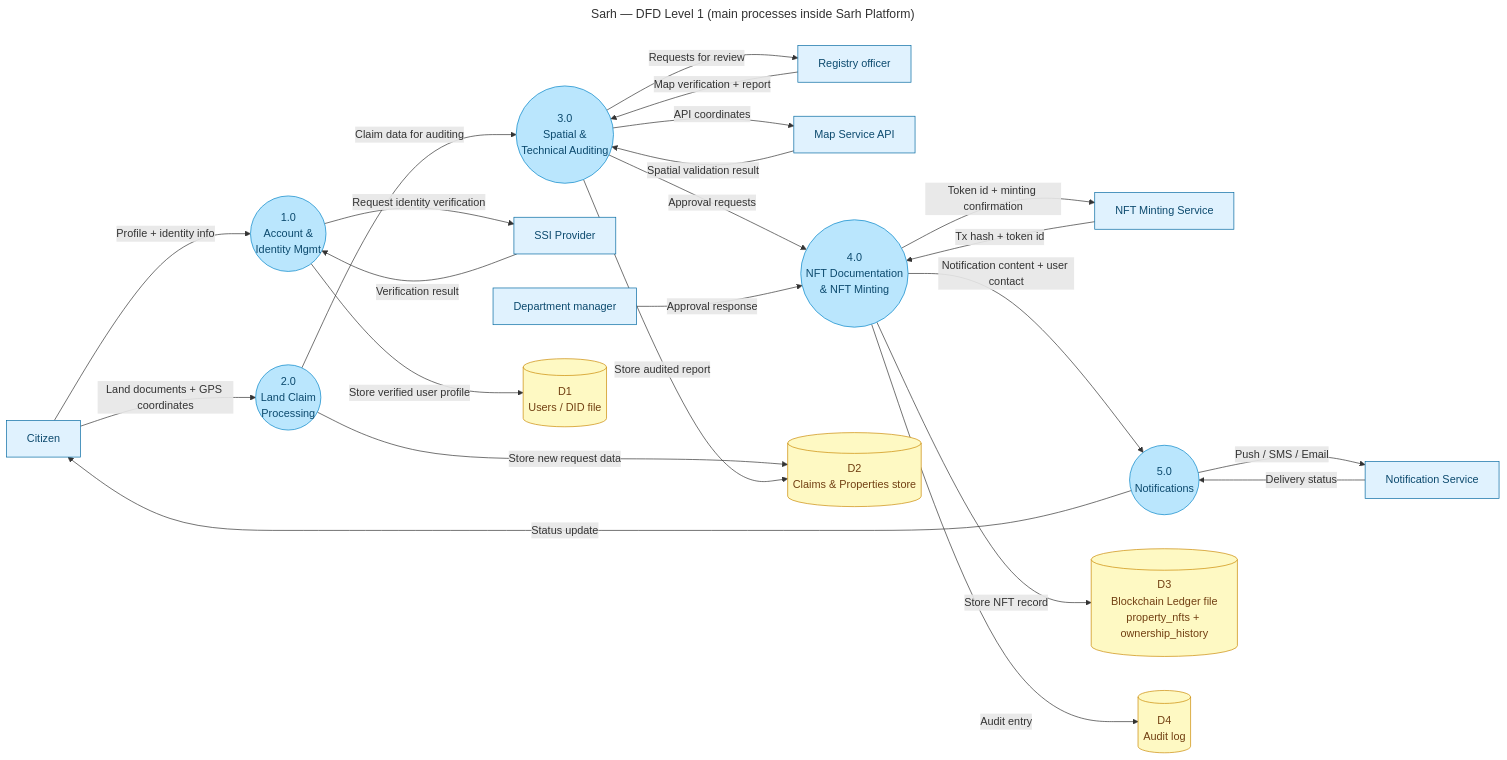
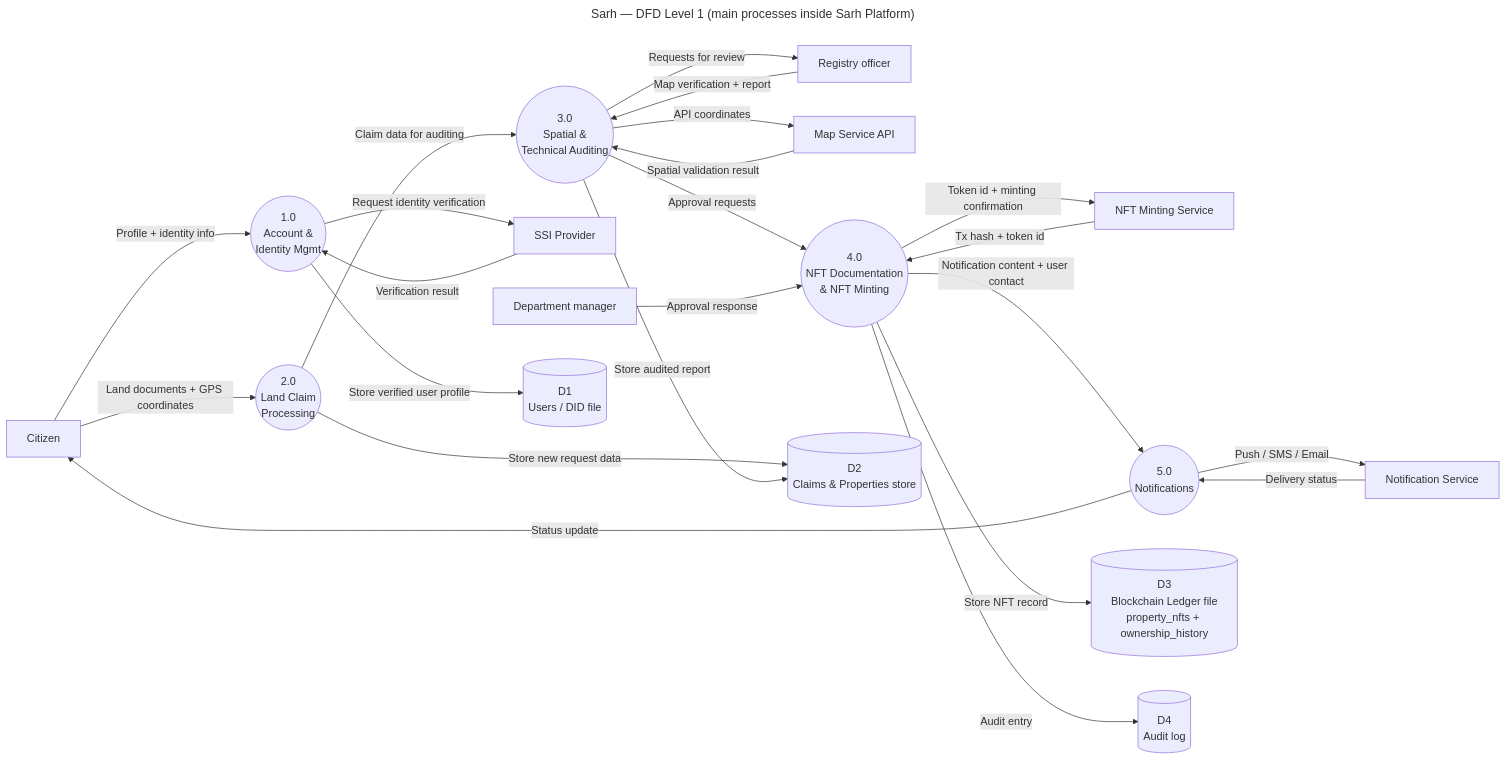
One commit to AliBelaid/Sarh changed the diagram in docs/diagrams/dfd-level1.mmd. Above: the diagram before and after it, drawn with Mermaid. The commit also changed 138 other files, not shown here.

First line of the commit message:
Rename Sijilli → Sarh, add auto-seed + classic-UML diagram deck

```diff
--- a/docs/diagrams/dfd-level1.mmd
+++ b/docs/diagrams/dfd-level1.mmd
@@ -1,53 +1,50 @@
 ---
 title: Sarh — DFD Level 1 (main processes inside Sarh Platform)
 ---
 flowchart LR
-    classDef proc  fill:#bae6fd,stroke:#0284c7,color:#0c4a6e,rx:60,ry:60
-    classDef ext   fill:#e0f2fe,stroke:#0369a1,color:#0c4a6e
-    classDef store fill:#fef9c3,stroke:#ca8a04,color:#713f12
 
-    Citizen[Citizen]:::ext
-    Officer[Registry officer]:::ext
-    Manager[Department manager]:::ext
-    SSI[SSI Provider]:::ext
-    MAP[Map Service API]:::ext
-    NOTIF[Notification Service]:::ext
-    NFT[NFT Minting Service]:::ext
+    Citizen[Citizen]
+    Officer[Registry officer]
+    Manager[Department manager]
+    SSI[SSI Provider]
+    MAP[Map Service API]
+    NOTIF[Notification Service]
+    NFT[NFT Minting Service]
 
-    P1((1.0<br/>Account &<br/>Identity Mgmt)):::proc
-    P2((2.0<br/>Land Claim<br/>Processing)):::proc
-    P3((3.0<br/>Spatial &<br/>Technical Auditing)):::proc
-    P4((4.0<br/>NFT Documentation<br/>& NFT Minting)):::proc
-    P5((5.0<br/>Notifications)):::proc
+    P1((1.0<br/>Account &<br/>Identity Mgmt))
+    P2((2.0<br/>Land Claim<br/>Processing))
+    P3((3.0<br/>Spatial &<br/>Technical Auditing))
+    P4((4.0<br/>NFT Documentation<br/>& NFT Minting))
+    P5((5.0<br/>Notifications))
 
-    D1[(D1<br/>Users / DID file)]:::store
-    D2[(D2<br/>Claims & Properties store)]:::store
-    D3[(D3<br/>Blockchain Ledger file<br/>property_nfts + ownership_history)]:::store
-    D4[(D4<br/>Audit log)]:::store
+    D1[(D1<br/>Users / DID file)]
+    D2[(D2<br/>Claims & Properties store)]
+    D3[(D3<br/>Blockchain Ledger file<br/>property_nfts + ownership_history)]
+    D4[(D4<br/>Audit log)]
 
     Citizen -->|"Profile + identity info"| P1
     P1 -->|"Request identity verification"| SSI
     SSI -->|"Verification result"| P1
     P1 -->|"Store verified user profile"| D1
 
     Citizen -->|"Land documents + GPS coordinates"| P2
     P2 -->|"Store new request data"| D2
     P2 -->|"Claim data for auditing"| P3
 
     Officer -->|"Map verification + report"| P3
     P3 -->|"API coordinates"| MAP
     MAP -->|"Spatial validation result"| P3
     P3 -->|"Store audited report"| D2
     P3 -->|"Requests for review"| Officer
 
     P3 -->|"Approval requests"| P4
     Manager -->|"Approval response"| P4
     P4 -->|"Token id + minting confirmation"| NFT
     NFT -->|"Tx hash + token id"| P4
     P4 -->|"Store NFT record"| D3
     P4 -->|"Audit entry"| D4
 
     P4 -->|"Notification content + user contact"| P5
     P5 -->|"Push / SMS / Email"| NOTIF
     NOTIF -->|"Delivery status"| P5
     P5 -->|"Status update"| Citizen
```
